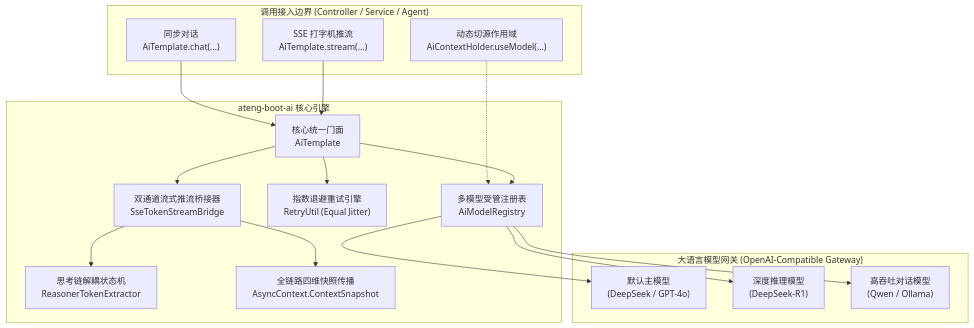
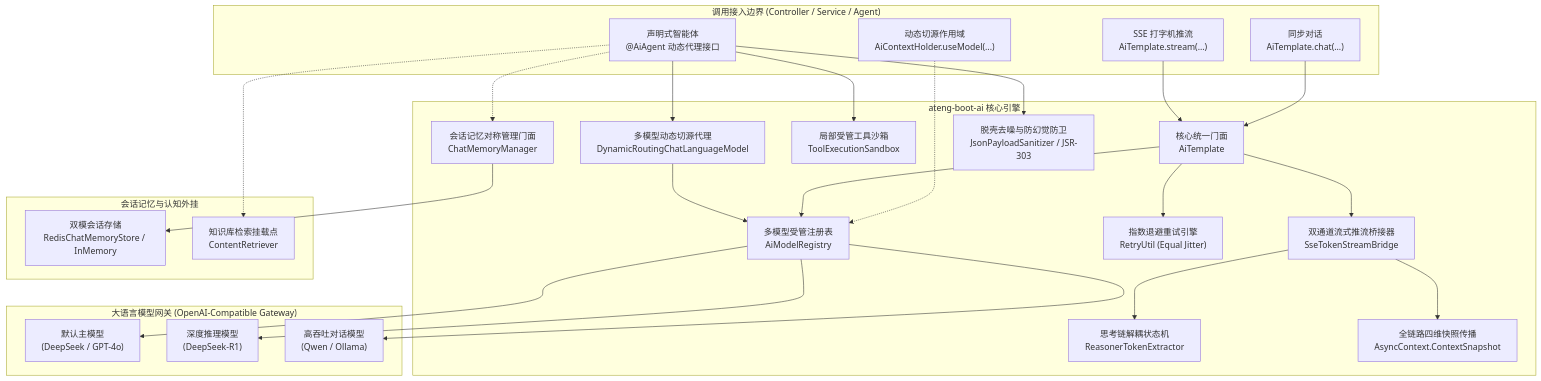
One commit to atengk/ateng-boot changed the first of 2 diagrams in ateng-boot-ai/README.md. Above: the diagram before and after it, drawn with Mermaid. The commit also changed other lines of this file and 11 other files, not shown here.

````diff
--- a/ateng-boot-ai/README.md
+++ b/ateng-boot-ai/README.md
@@ -48,37 +59,55 @@
 ```mermaid
 flowchart TD
     subgraph Client["调用接入边界 (Controller / Service / Agent)"]
         DirectSync["同步对话<br>AiTemplate.chat(...)"]
         DirectStream["SSE 打字机推流<br>AiTemplate.stream(...)"]
         DynamicSwitch["动态切源作用域<br>AiContextHolder.useModel(...)"]
+        DeclarativeAgent["声明式智能体<br>@AiAgent 动态代理接口"]
     end
 
     subgraph CoreEngine["ateng-boot-ai 核心引擎"]
         AiTmpl["核心统一门面<br>AiTemplate"]
         Registry["多模型受管注册表<br>AiModelRegistry"]
+        RoutingModel["多模型动态切源代理<br>DynamicRoutingChatLanguageModel"]
         RetryEngine["指数退避重试引擎<br>RetryUtil (Equal Jitter)"]
         Extractor["思考链解耦状态机<br>ReasonerTokenExtractor"]
         Bridge["双通道流式推流桥接器<br>SseTokenStreamBridge"]
         CtxSnap["全链路四维快照传播<br>AsyncContext.ContextSnapshot"]
+        ToolSandbox["局部受管工具沙箱<br>ToolExecutionSandbox"]
+        MemoryFacade["会话记忆对称管理门面<br>ChatMemoryManager"]
+        Sanitizer["脱壳去噪与防幻觉防卫<br>JsonPayloadSanitizer / JSR-303"]
+    end
+
+    subgraph MemoryAndRag["会话记忆与认知外挂"]
+        MemoryStore["双模会话存储<br>RedisChatMemoryStore / InMemory"]
+        RagRetriever["知识库检索挂载点<br>ContentRetriever"]
     end
 
     subgraph Providers["大语言模型网关 (OpenAI-Compatible Gateway)"]
         M_Default["默认主模型<br>(DeepSeek / GPT-4o)"]
         M_Reasoner["深度推理模型<br>(DeepSeek-R1)"]
         M_Fast["高吞吐对话模型<br>(Qwen / Ollama)"]
     end
 
     DirectSync --> AiTmpl
     DirectStream --> AiTmpl
     DynamicSwitch -.-> Registry
+    DeclarativeAgent --> RoutingModel
+    DeclarativeAgent --> ToolSandbox
+    DeclarativeAgent --> Sanitizer
+    DeclarativeAgent -.-> MemoryFacade
+    DeclarativeAgent -.-> RagRetriever
 
     AiTmpl --> Registry
     AiTmpl --> RetryEngine
     AiTmpl --> Bridge
     Bridge --> Extractor
     Bridge --> CtxSnap
 
+    MemoryFacade --> MemoryStore
+
+    RoutingModel --> Registry
     Registry --> M_Default
     Registry --> M_Reasoner
     Registry --> M_Fast
 ```
````
